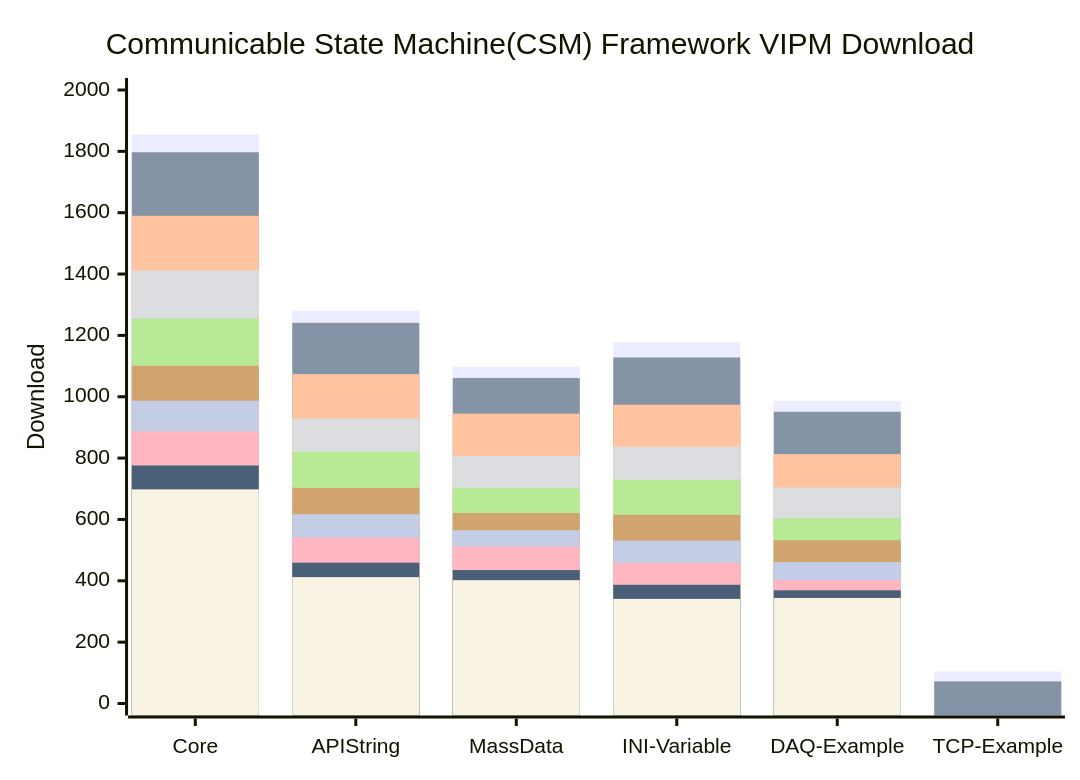
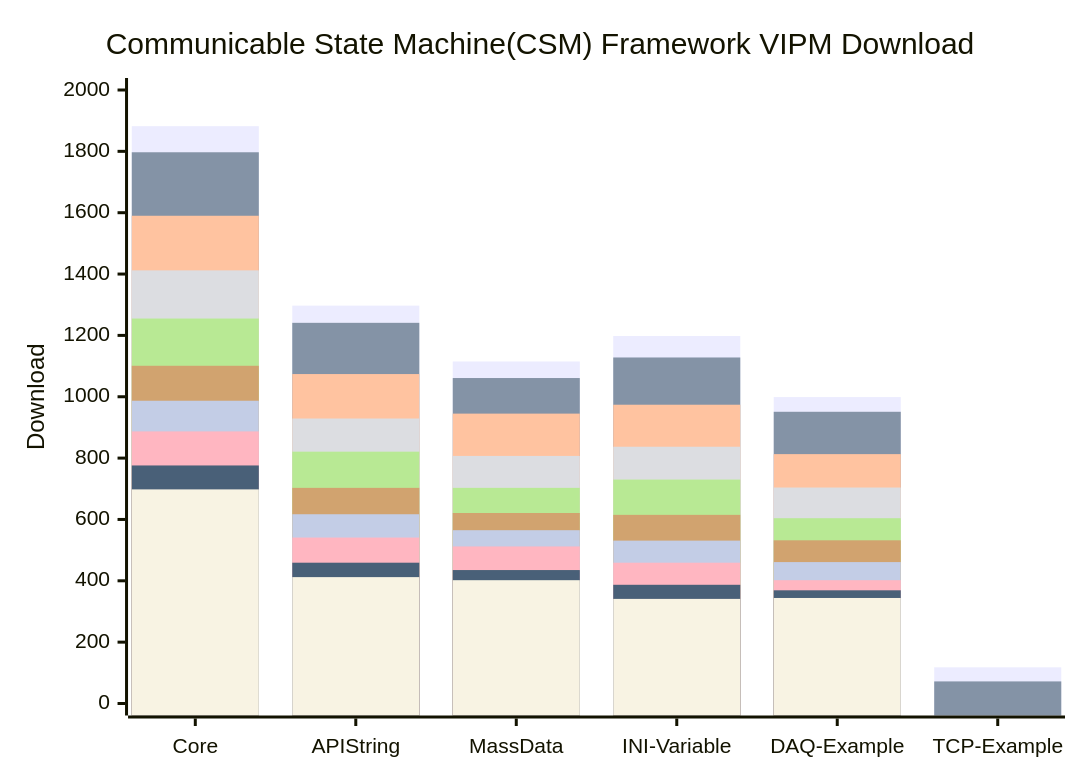
The diagram in profile/README.md (NEVSTOP-LAB/.github), drawn with Mermaid before and after one commit.

````diff
--- a/profile/README.md
+++ b/profile/README.md
@@ -31,16 +31,16 @@
 ```mermaid
     xychart-beta
     title "Communicable State Machine(CSM) Framework VIPM Download"
     x-axis [Core, API String, MassData, INI-Variable, DAQ-Example, TCP-Example]
     y-axis "Download" 0 --> 2000
-    bar   [1855, 1281, 1098, 1178, 987, 104]
+    bar   [1882, 1297, 1115, 1198, 999, 118]
     bar   [1797, 1241, 1061, 1128, 951, 72]
     bar   [1590, 1074, 945, 974, 813]
     bar   [1412, 929, 807, 837, 704]
     bar   [1255, 821, 703, 730, 604]
     bar   [1101, 703, 621, 615, 532]
     bar   [987, 617, 565, 531, 461]
     bar   [887, 541, 512, 459, 402]
     bar   [776, 459, 435, 387, 369]
     bar   [698, 412, 402, 341, 344]
 ```
````
